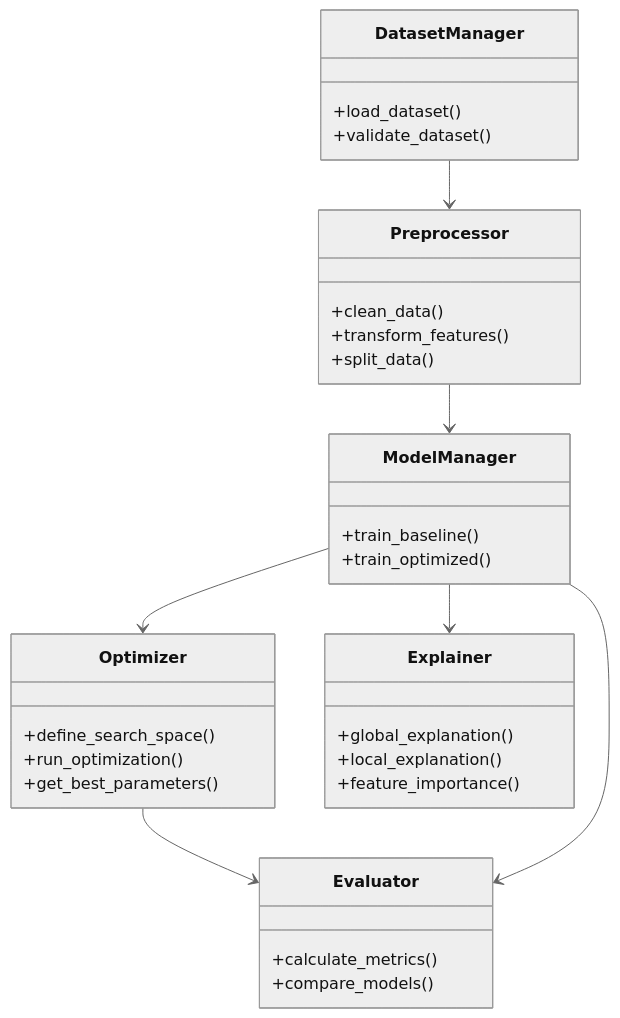
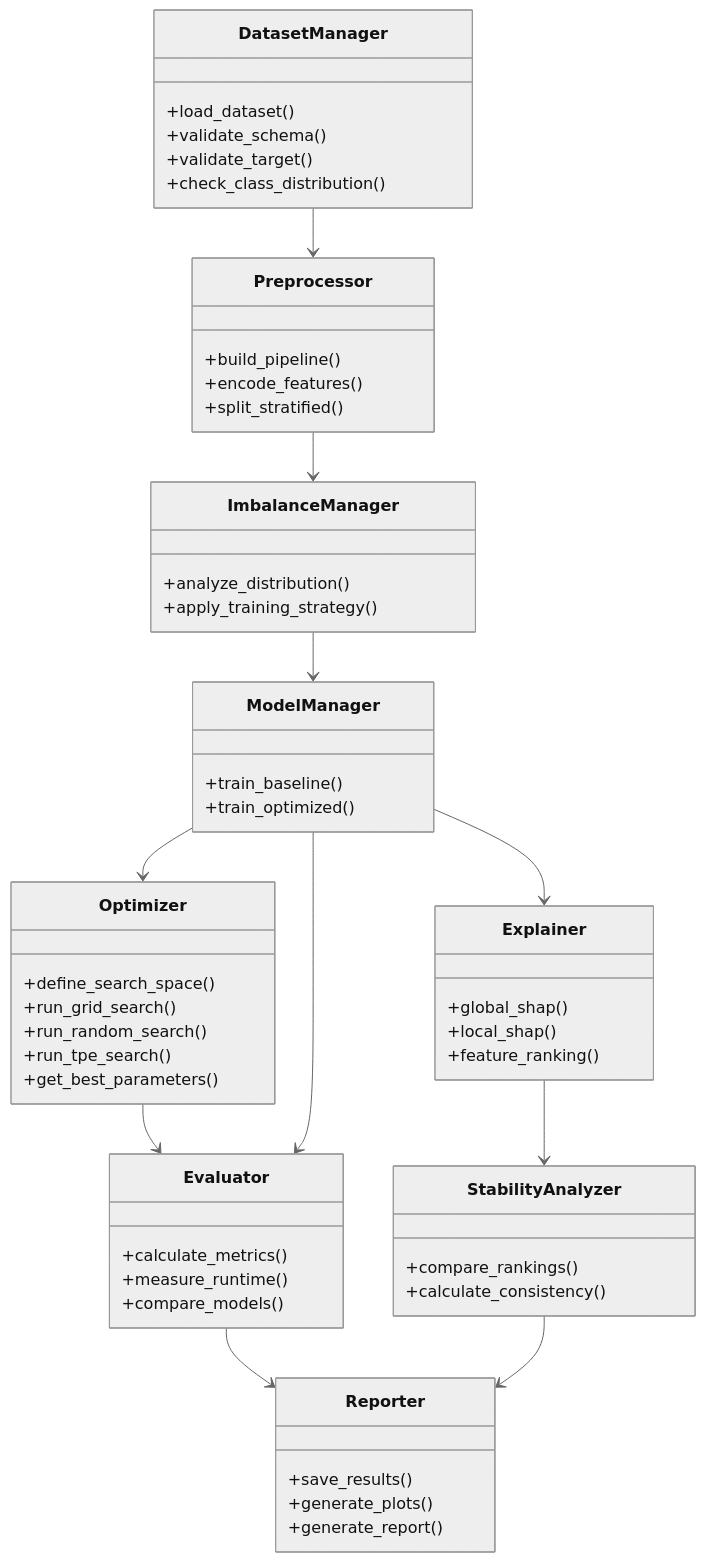
One commit to harshkhamkar26/Hyperparameter-Optimization-XAI changed the second of 6 diagrams in docs/SEPM/07_UML_Diagrams.md. Above: the diagram before and after it, drawn with Mermaid (neutral theme). The commit also changed other lines of this file, not shown here.

Commit message:
Update UML diagrams for final Bank Marketing research workflow

````diff
--- a/docs/SEPM/07_UML_Diagrams.md
+++ b/docs/SEPM/07_UML_Diagrams.md
@@ -29,36 +38,58 @@
 ```mermaid
 classDiagram
     class DatasetManager {
       +load_dataset()
-      +validate_dataset()
+      +validate_schema()
+      +validate_target()
+      +check_class_distribution()
     }
     class Preprocessor {
-      +clean_data()
-      +transform_features()
-      +split_data()
+      +build_pipeline()
+      +encode_features()
+      +split_stratified()
+    }
+    class ImbalanceManager {
+      +analyze_distribution()
+      +apply_training_strategy()
     }
     class ModelManager {
       +train_baseline()
       +train_optimized()
     }
     class Optimizer {
       +define_search_space()
-      +run_optimization()
+      +run_grid_search()
+      +run_random_search()
+      +run_tpe_search()
       +get_best_parameters()
     }
     class Evaluator {
       +calculate_metrics()
+      +measure_runtime()
       +compare_models()
     }
     class Explainer {
-      +global_explanation()
-      +local_explanation()
-      +feature_importance()
+      +global_shap()
+      +local_shap()
+      +feature_ranking()
+    }
+    class StabilityAnalyzer {
+      +compare_rankings()
+      +calculate_consistency()
+    }
+    class Reporter {
+      +save_results()
+      +generate_plots()
+      +generate_report()
     }
     DatasetManager --> Preprocessor
-    Preprocessor --> ModelManager
+    Preprocessor --> ImbalanceManager
+    ImbalanceManager --> ModelManager
     ModelManager --> Optimizer
     Optimizer --> Evaluator
     ModelManager --> Evaluator
     ModelManager --> Explainer
+    Explainer --> StabilityAnalyzer
+    Evaluator --> Reporter
+    StabilityAnalyzer --> Reporter
 ```
````
